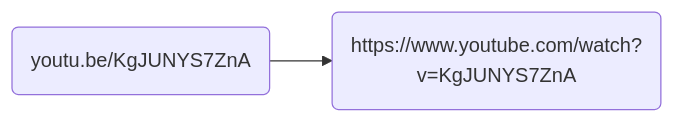
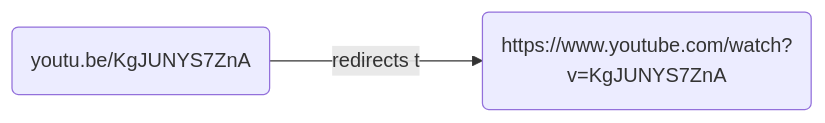
The diagram in articles/shorty-domain.md (abernier/abernier), drawn with Mermaid before and after one commit.

````diff
--- a/articles/shorty-domain.md
+++ b/articles/shorty-domain.md
@@ -12,4 +12,4 @@
 ```mermaid
 flowchart LR
-    short(youtu.be/KgJUNYS7ZnA) --> original(https://www.youtube.com/watch?v=KgJUNYS7ZnA)
+    short(youtu.be/KgJUNYS7ZnA) --redirects to--> original(https://www.youtube.com/watch?v=KgJUNYS7ZnA)
 ```
````
